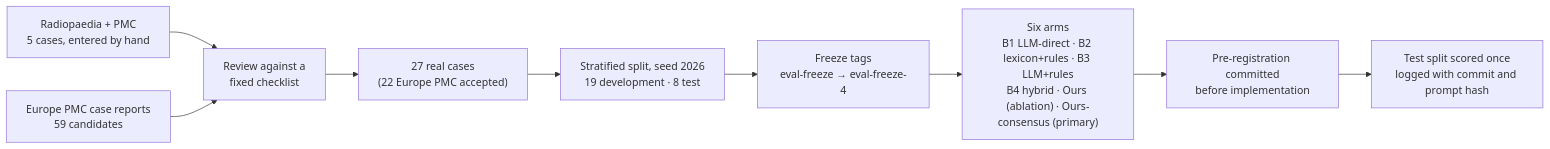
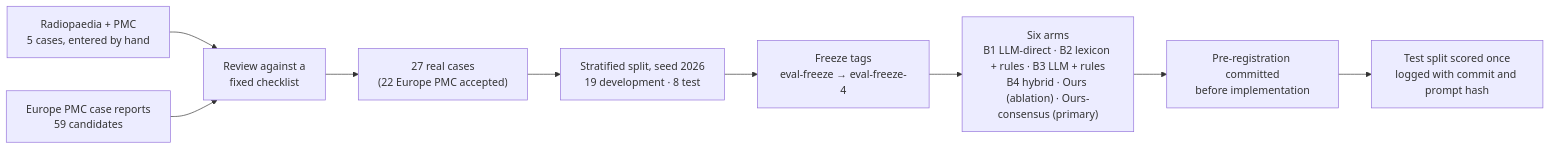
The third of 3 diagrams in README.md (ManjunathMailey/RADS-Envelope), drawn with Mermaid before and after one commit. The commit also changed other lines of this file and 3 other files, not shown here.

````diff
--- a/README.md
+++ b/README.md
@@ -109,11 +115,11 @@
 ```mermaid
 flowchart LR
     D1["Radiopaedia + PMC<br/>5 cases, entered by hand"] --> RV["Review against a<br/>fixed checklist"]
     D2["Europe PMC case reports<br/>59 candidates"] --> RV
     RV --> C27["27 real cases<br/>(22 Europe PMC accepted)"]
     C27 --> SP["Stratified split, seed 2026<br/>19 development · 8 test"]
     SP --> FZ["Freeze tags<br/>eval-freeze → eval-freeze-4"]
-    FZ --> AR["Six arms<br/>B1 LLM-direct · B2 lexicon+rules · B3 LLM+rules<br/>B4 hybrid · Ours (ablation) · Ours-consensus (primary)"]
+    FZ --> AR["Six arms<br/>B1 LLM-direct · B2 lexicon + rules · B3 LLM + rules<br/>B4 hybrid · Ours (ablation) · Ours-consensus (primary)"]
     AR --> PR["Pre-registration committed<br/>before implementation"]
     PR --> TS["Test split scored once<br/>logged with commit and prompt hash"]
 ```
````
